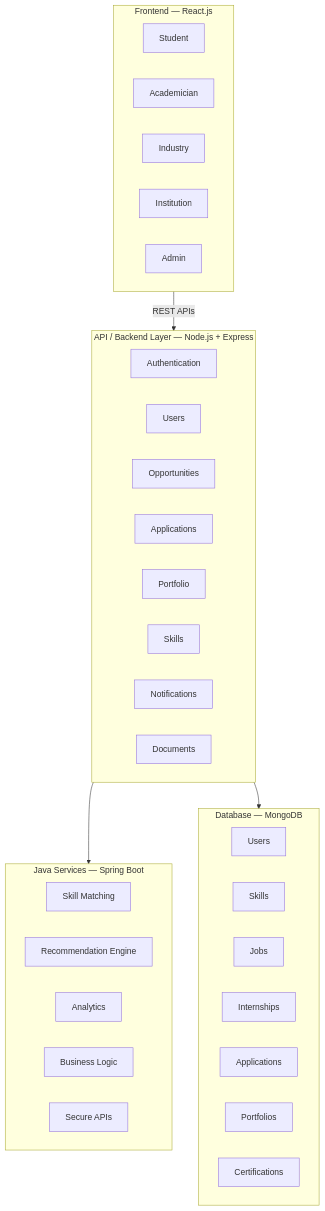
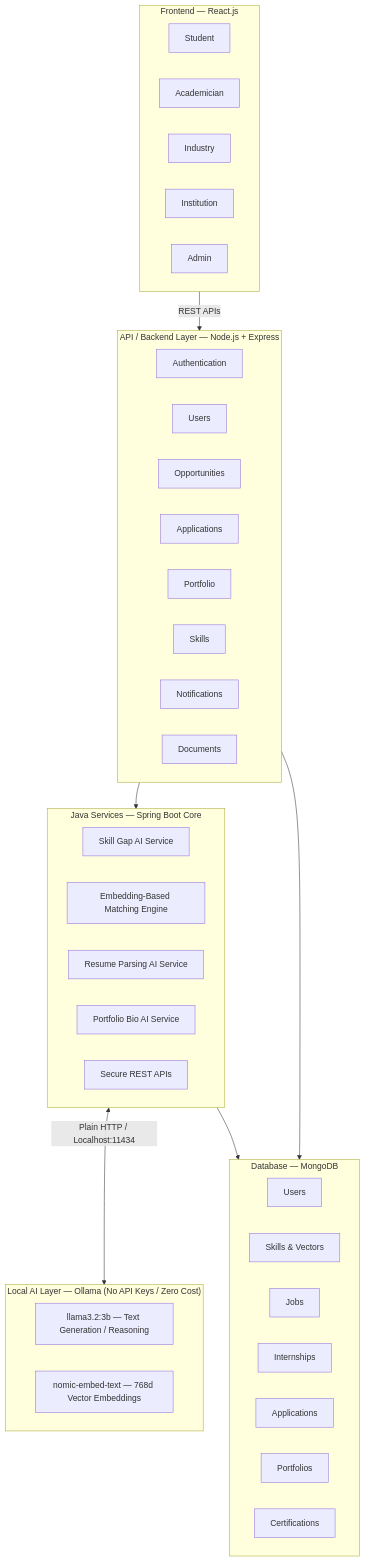
Before and after one commit to CHETAN-PATEL-1/Brute-Force-2026: the fourth of 8 diagrams in README.md, drawn with Mermaid. The commit also changed other lines of this file and 80 other files, not shown here.

````diff
--- a/README.md
+++ b/README.md
@@ -218,44 +225,53 @@
 ```mermaid
 graph TD
     subgraph Frontend["Frontend — React.js"]
         F1[Student]
         F2[Academician]
         F3[Industry]
         F4[Institution]
         F5[Admin]
     end
 
     Frontend -->|REST APIs| Backend
 
     subgraph Backend["API / Backend Layer — Node.js + Express"]
         B1[Authentication]
         B2[Users]
         B3[Opportunities]
         B4[Applications]
         B5[Portfolio]
         B6[Skills]
         B7[Notifications]
         B8[Documents]
     end
 
     Backend --> Java
     Backend --> DB
 
-    subgraph Java["Java Services — Spring Boot"]
-        J1[Skill Matching]
-        J2[Recommendation Engine]
-        J3[Analytics]
-        J4[Business Logic]
-        J5[Secure APIs]
+    subgraph Java["Java Services — Spring Boot Core"]
+        J1[Skill Gap AI Service]
+        J2[Embedding-Based Matching Engine]
+        J3[Resume Parsing AI Service]
+        J4[Portfolio Bio AI Service]
+        J5[Secure REST APIs]
     end
+
+    subgraph LocalAI["Local AI Layer — Ollama (No API Keys / Zero Cost)"]
+        AI1[llama3.2:3b — Text Generation / Reasoning]
+        AI2[nomic-embed-text — 768d Vector Embeddings]
+    end
+
+    Java <-->|Plain HTTP / Localhost:11434| LocalAI
 
     subgraph DB["Database — MongoDB"]
         D1[Users]
-        D2[Skills]
+        D2[Skills & Vectors]
         D3[Jobs]
         D4[Internships]
         D5[Applications]
         D6[Portfolios]
         D7[Certifications]
     end
+
+    Java --> DB
 ```
````
